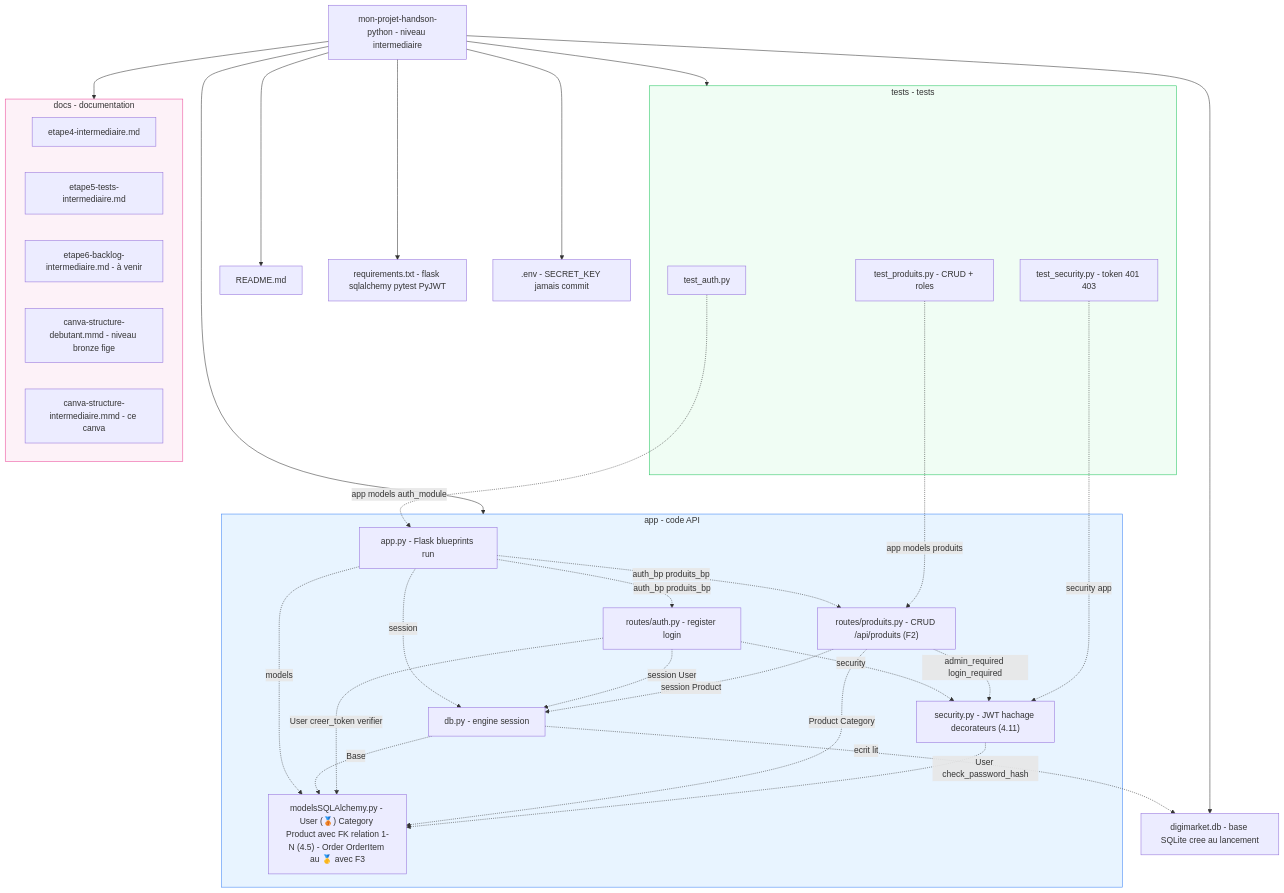
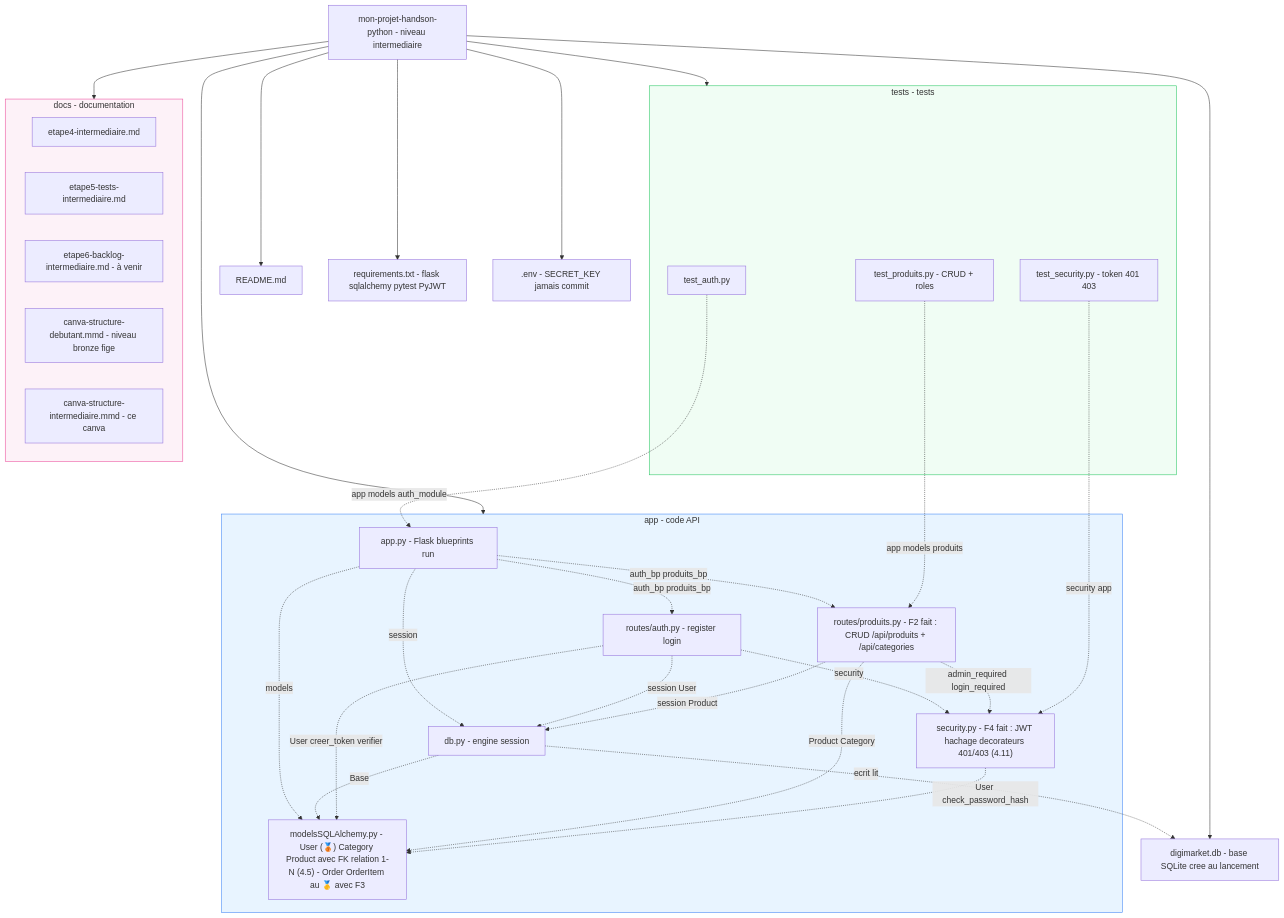
One commit to ericlacombe/mon-projet-handson-python changed the diagram in docs/canva-structure-intermediaire.mmd. Above: the diagram before and after it, drawn with Mermaid. The commit also changed 2 other files, not shown here.

Commit message:
README + canva 🥈 : fichiers 🥈 passés à 'faits' (security.py, produits.py, tests, PyJWT, 14 tests) + tâche 8 cochée

```diff
--- a/docs/canva-structure-intermediaire.mmd
+++ b/docs/canva-structure-intermediaire.mmd
@@ -1,59 +1,59 @@
 %% Canva structure de fichiers - mon-projet-handson-python - NIVEAU INTERMEDIAIRE
 %% Rendu : copier ce bloc sur https://mermaid.live
 %% Legende : fleche pleine = arborescence ; fleche pointillee + texte = import Python (le texte = le nom importe)
 %% Niveau precedent conserve tel quel dans docs/canva-structure-debutant.mmd (jamais ecrase)
 flowchart TB
     ROOT["mon-projet-handson-python - niveau intermediaire"]
 
     ROOT --> README["README.md"]
     ROOT --> REQ["requirements.txt - flask sqlalchemy pytest PyJWT"]
     ROOT --> ENV[".env - SECRET_KEY jamais commit"]
     ROOT --> DBFILE["digimarket.db - base SQLite cree au lancement"]
 
     subgraph APP["app - code API"]
         A_APP["app.py - Flask blueprints run"]
         A_DB["db.py - engine session"]
-        A_SEC["security.py - JWT hachage decorateurs (4.11)"]
+        A_SEC["security.py - F4 fait : JWT hachage decorateurs 401/403 (4.11)"]
         A_MODELS["modelsSQLAlchemy.py - User (🥉) Category Product avec FK relation 1-N (4.5) - Order OrderItem au 🥇 avec F3"]
         A_AUTH["routes/auth.py - register login"]
-        A_PROD["routes/produits.py - CRUD /api/produits (F2)"]
+        A_PROD["routes/produits.py - F2 fait : CRUD /api/produits + /api/categories"]
     end
 
     subgraph TESTS["tests - tests"]
         T_AUTH["test_auth.py"]
         T_SEC["test_security.py - token 401 403"]
         T_PROD["test_produits.py - CRUD + roles"]
     end
 
     subgraph DOCS["docs - documentation"]
         D_ET4["etape4-intermediaire.md"]
         D_ET5["etape5-tests-intermediaire.md"]
         D_ET6["etape6-backlog-intermediaire.md - à venir"]
         D_CANVA_B["canva-structure-debutant.mmd - niveau bronze fige"]
         D_CANVA_I["canva-structure-intermediaire.mmd - ce canva"]
     end
 
     ROOT --> APP
     ROOT --> TESTS
     ROOT --> DOCS
 
     A_APP -.->|auth_bp produits_bp| A_AUTH
     A_APP -.->|auth_bp produits_bp| A_PROD
     A_APP -.->|session| A_DB
     A_APP -.->|models| A_MODELS
     A_DB -.->|Base| A_MODELS
     A_DB -.->|"ecrit lit"| DBFILE
     A_AUTH -.->|session User| A_DB
     A_AUTH -.->|User creer_token verifier| A_MODELS
     A_AUTH -.->|security| A_SEC
     A_PROD -.->|session Product| A_DB
     A_PROD -.->|Product Category| A_MODELS
     A_PROD -.->|admin_required login_required| A_SEC
     A_SEC -.->|User check_password_hash| A_MODELS
     T_AUTH -.->|app models auth_module| A_APP
     T_SEC -.->|security app| A_SEC
     T_PROD -.->|app models produits| A_PROD
 
     style APP fill:#e8f4ff,stroke:#3b82f6
     style TESTS fill:#f0fdf4,stroke:#22c55e
     style DOCS fill:#fdf2f8,stroke:#ec4899
```
